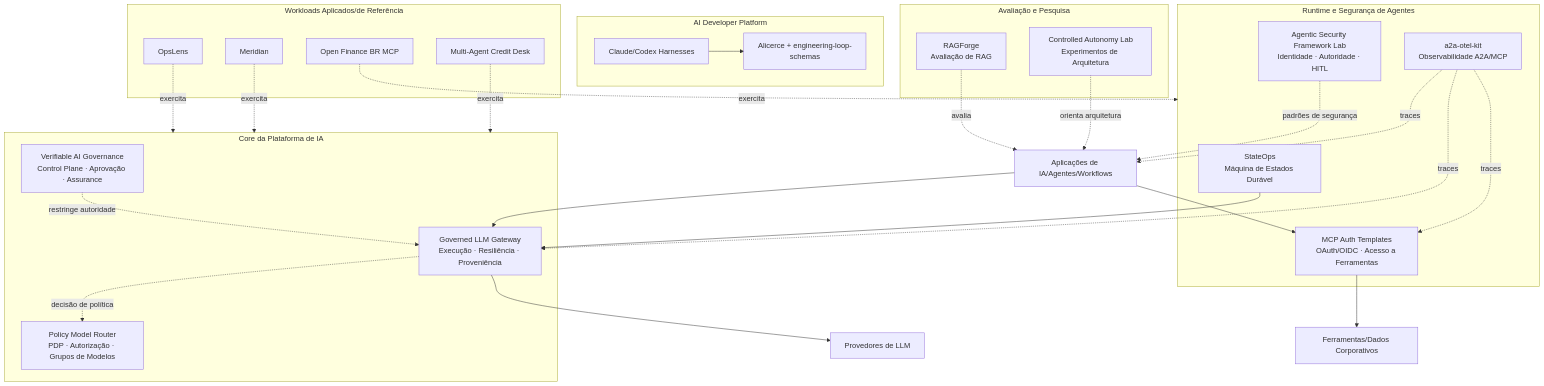
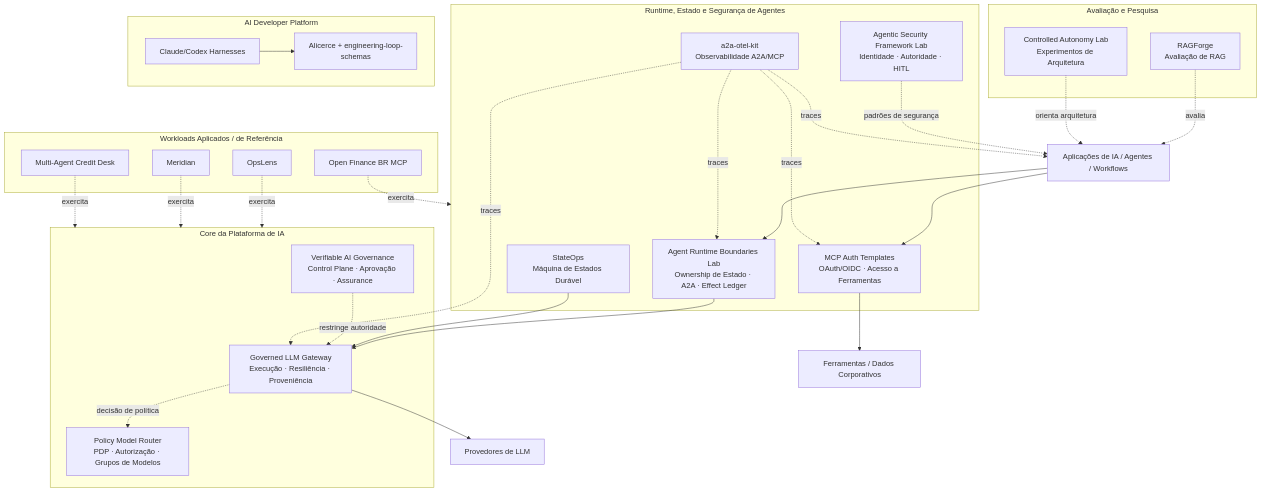
One commit to brunovicco/brunovicco changed the first of 3 diagrams in PORTFOLIO_ARCHITECTURE.pt-BR.md. Above: the diagram before and after it, drawn with Mermaid. The commit also changed other lines of this file and 3 other files, not shown here.

First line of the commit message:
docs: add agent runtime boundaries to portfolio

````diff
--- a/PORTFOLIO_ARCHITECTURE.pt-BR.md
+++ b/PORTFOLIO_ARCHITECTURE.pt-BR.md
@@ -25,61 +27,64 @@
 ```mermaid
 flowchart TB
-    Apps["Aplicações de IA/Agentes/Workflows"]
+    Apps["Aplicações de IA / Agentes / Workflows"]
 
     subgraph Core["Core da Plataforma de IA"]
         GW["Governed LLM Gateway<br/>Execução · Resiliência · Proveniência"]
         PMR["Policy Model Router<br/>PDP · Autorização · Grupos de Modelos"]
         GOV["Verifiable AI Governance<br/>Control Plane · Aprovação · Assurance"]
     end
 
-    subgraph Runtime["Runtime e Segurança de Agentes"]
+    subgraph Runtime["Runtime, Estado e Segurança de Agentes"]
+        BOUND["Agent Runtime Boundaries Lab<br/>Ownership de Estado · A2A · Effect Ledger"]
         STATE["StateOps<br/>Máquina de Estados Durável"]
         SEC["Agentic Security Framework Lab<br/>Identidade · Autoridade · HITL"]
         MCP["MCP Auth Templates<br/>OAuth/OIDC · Acesso a Ferramentas"]
         OTEL["a2a-otel-kit<br/>Observabilidade A2A/MCP"]
     end
 
     subgraph Quality["Avaliação e Pesquisa"]
         RAG["RAGForge<br/>Avaliação de RAG"]
         AUTO["Controlled Autonomy Lab<br/>Experimentos de Arquitetura"]
     end
 
     subgraph Dev["AI Developer Platform"]
         HARNESS["Claude/Codex Harnesses"]
         LOOP["Alicerce + engineering-loop-schemas"]
     end
 
-    subgraph Workloads["Workloads Aplicados/de Referência"]
+    subgraph Workloads["Workloads Aplicados / de Referência"]
         OPS["OpsLens"]
         MER["Meridian"]
         OF["Open Finance BR MCP"]
         CREDIT["Multi-Agent Credit Desk"]
     end
 
     Providers["Provedores de LLM"]
-    Tools["Ferramentas/Dados Corporativos"]
+    Tools["Ferramentas / Dados Corporativos"]
 
-    Apps --> GW
+    Apps --> BOUND
+    BOUND --> GW
+    STATE --> GW
     GW -. decisão de política .-> PMR
     GW --> Providers
     GOV -. restringe autoridade .-> GW
 
-    STATE --> GW
-    SEC -. padrões de segurança .-> Apps
     Apps --> MCP
     MCP --> Tools
+    SEC -. padrões de segurança .-> Apps
 
     OTEL -. traces .-> Apps
+    OTEL -. traces .-> BOUND
     OTEL -. traces .-> GW
     OTEL -. traces .-> MCP
 
     RAG -. avalia .-> Apps
     AUTO -. orienta arquitetura .-> Apps
 
     HARNESS --> LOOP
 
     OPS -. exercita .-> Core
     MER -. exercita .-> Core
     OF -. exercita .-> Runtime
     CREDIT -. exercita .-> Core
 ```
````
